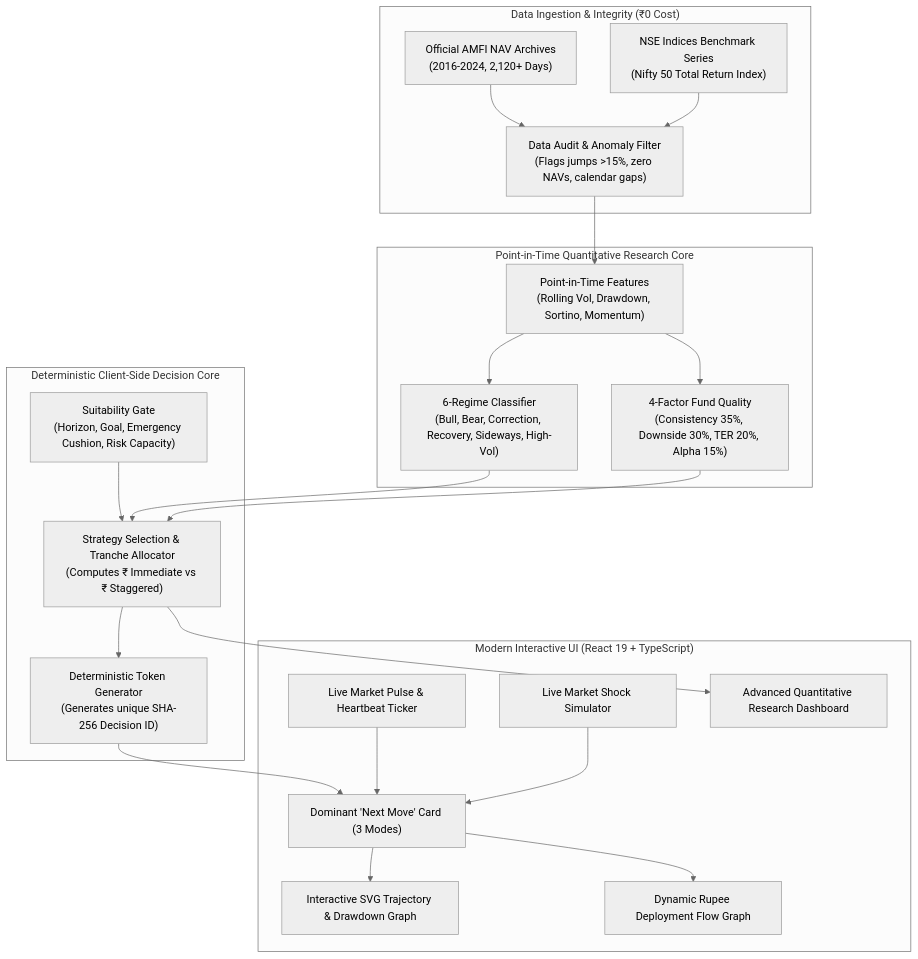
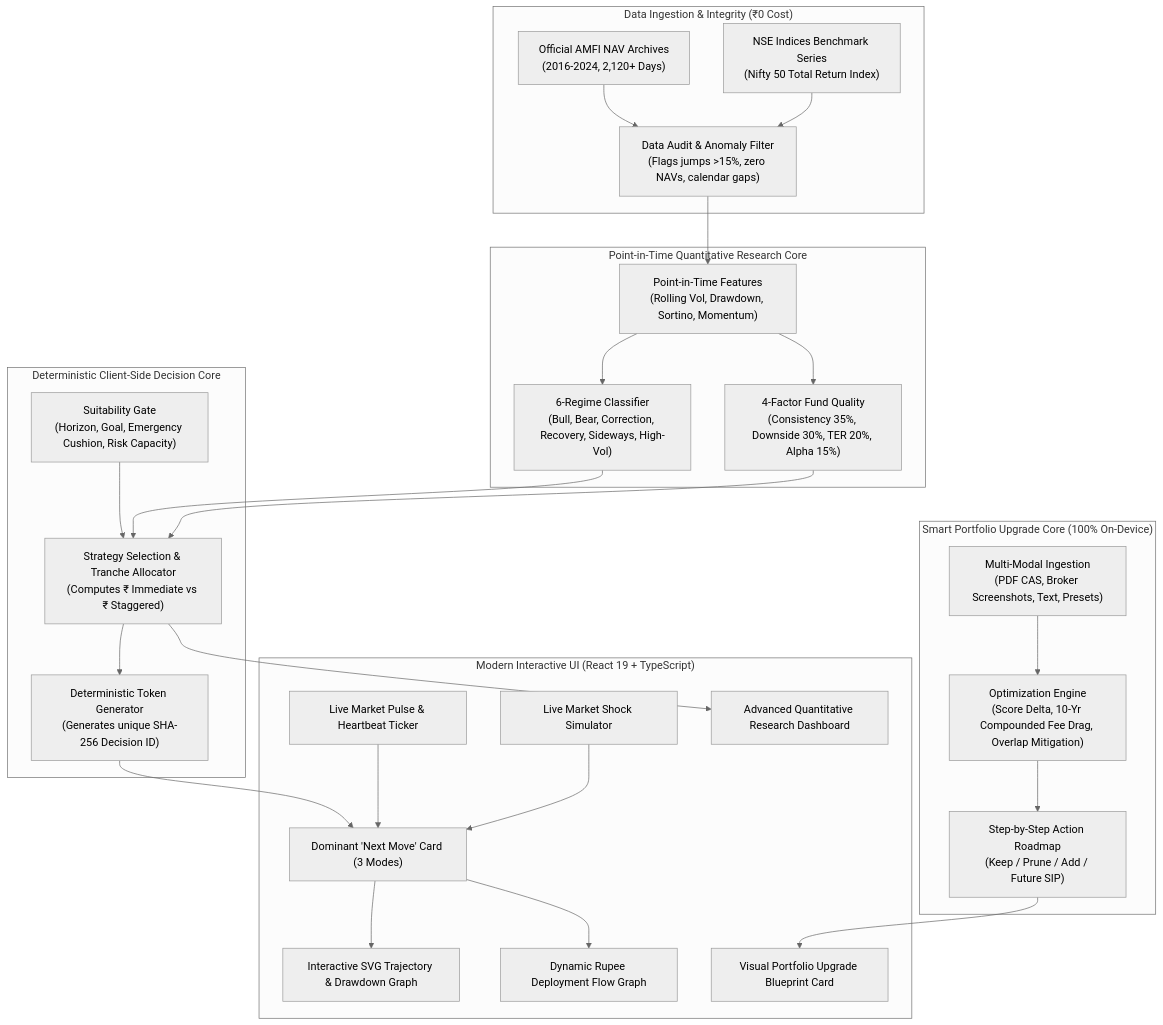
The diagram in README.md (Anshuman0737/NiveshPilot), drawn with Mermaid (neutral theme) before and after one commit. The commit also changed other lines of this file and 1 other file, not shown here.

Commit message:
docs: enrich architecture diagram, badges, and project metadata for portfolio engine

````diff
--- a/README.md
+++ b/README.md
@@ -45,42 +48,51 @@
 ```mermaid
 flowchart TD
     subgraph Data Layer ["Data Ingestion & Integrity (₹0 Cost)"]
         AMFI["Official AMFI NAV Archives\n(2016-2024, 2,120+ Days)"]
         NSE["NSE Indices Benchmark Series\n(Nifty 50 Total Return Index)"]
         Clean["Data Audit & Anomaly Filter\n(Flags jumps >15%, zero NAVs, calendar gaps)"]
         AMFI --> Clean
         NSE --> Clean
     end
 
     subgraph Quant Engine ["Point-in-Time Quantitative Research Core"]
         PIT["Point-in-Time Features\n(Rolling Vol, Drawdown, Sortino, Momentum)"]
         Regime["6-Regime Classifier\n(Bull, Bear, Correction, Recovery, Sideways, High-Vol)"]
         Quality["4-Factor Fund Quality\n(Consistency 35%, Downside 30%, TER 20%, Alpha 15%)"]
         Clean --> PIT --> Regime
         PIT --> Quality
     end
 
     subgraph Decision Engine ["Deterministic Client-Side Decision Core"]
         Gate["Suitability Gate\n(Horizon, Goal, Emergency Cushion, Risk Capacity)"]
         Rules["Strategy Selection & Tranche Allocator\n(Computes ₹ Immediate vs ₹ Staggered)"]
         AuditToken["Deterministic Token Generator\n(Generates unique SHA-256 Decision ID)"]
         Gate --> Rules --> AuditToken
         Regime --> Rules
         Quality --> Rules
     end
 
+    subgraph PortfolioEngine ["Smart Portfolio Upgrade Core (100% On-Device)"]
+        Parser["Multi-Modal Ingestion\n(PDF CAS, Broker Screenshots, Text, Presets)"]
+        Optimizer["Optimization Engine\n(Score Delta, 10-Yr Compounded Fee Drag, Overlap Mitigation)"]
+        Blueprint["Step-by-Step Action Roadmap\n(Keep / Prune / Add / Future SIP)"]
+        Parser --> Optimizer --> Blueprint
+    end
+
     subgraph Presentation ["Modern Interactive UI (React 19 + TypeScript)"]
         Pulse["Live Market Pulse & Heartbeat Ticker"]
         Simulator["Live Market Shock Simulator"]
         NextMove["Dominant 'Next Move' Card (3 Modes)"]
         SVGChart["Interactive SVG Trajectory & Drawdown Graph"]
         FlowGraph["Dynamic Rupee Deployment Flow Graph"]
+        UpgradeCard["Visual Portfolio Upgrade Blueprint Card"]
         Research["Advanced Quantitative Research Dashboard"]
         AuditToken --> NextMove
         Pulse --> NextMove
         Simulator --> NextMove
         NextMove --> SVGChart
         NextMove --> FlowGraph
+        Blueprint --> UpgradeCard
         Rules --> Research
     end
 ```
````
